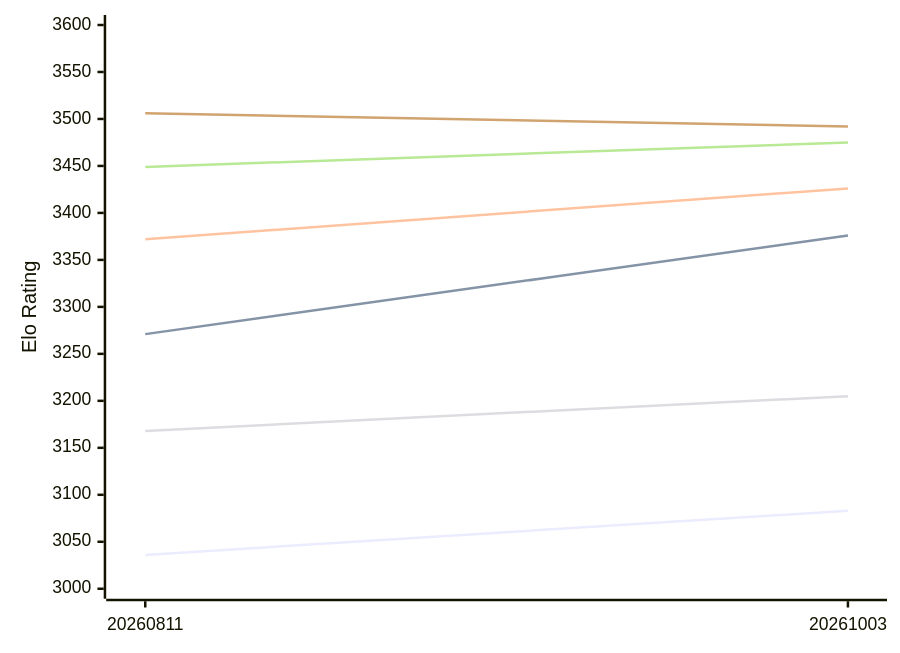
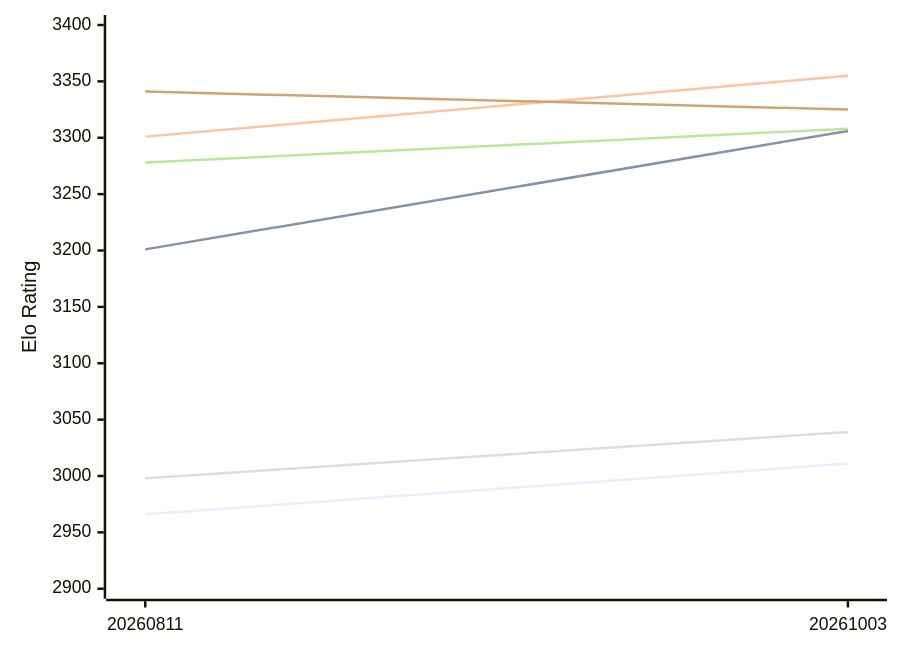
Before and after one commit to computer-chess-index/cci: the first of 2 diagrams in engines/Askaig.md, drawn with Mermaid. The commit also changed other lines of this file, not shown here.

Commit message:
Update CCI Ratings (ELO VLTC) - 2026-11-13

````diff
--- a/engines/Askaig.md
+++ b/engines/Askaig.md
@@ -52,12 +52,12 @@
 ```mermaid
 %%{init: {"theme":"base","themeVariables":{"seriesColors:['#a3a3a3','#222221','#faa371']}}}%%
 xychart-beta
   x-axis ["20260811", "20261003"]
-  y-axis "Elo Rating" 3000 --> 3600
-  line "E1: STC (8.0+0.08s)" [3036, 3083]
-  line "E1: LTC (60.0+0.60s)" [3271, 3376]
-  line "E1: VLTC (2m24s+1.12s)" [3372, 3426]
-  line "P1: STC (8.0+0.08s)" [3168, 3205]
-  line "P1: LTC (60.0+0.60s)" [3449, 3475]
-  line "P1: VLTC (2m24s+1.12s)" [3506, 3492]
+  y-axis "Elo Rating" 2900 --> 3400
+  line "E1: STC (8.0+0.08s)" [2966, 3011]
+  line "E1: LTC (60.0+0.60s)" [3201, 3306]
+  line "E1: VLTC (2m24s+1.12s)" [3301, 3355]
+  line "P1: STC (8.0+0.08s)" [2998, 3039]
+  line "P1: LTC (60.0+0.60s)" [3278, 3308]
+  line "P1: VLTC (2m24s+1.12s)" [3341, 3325]
 ```
````
